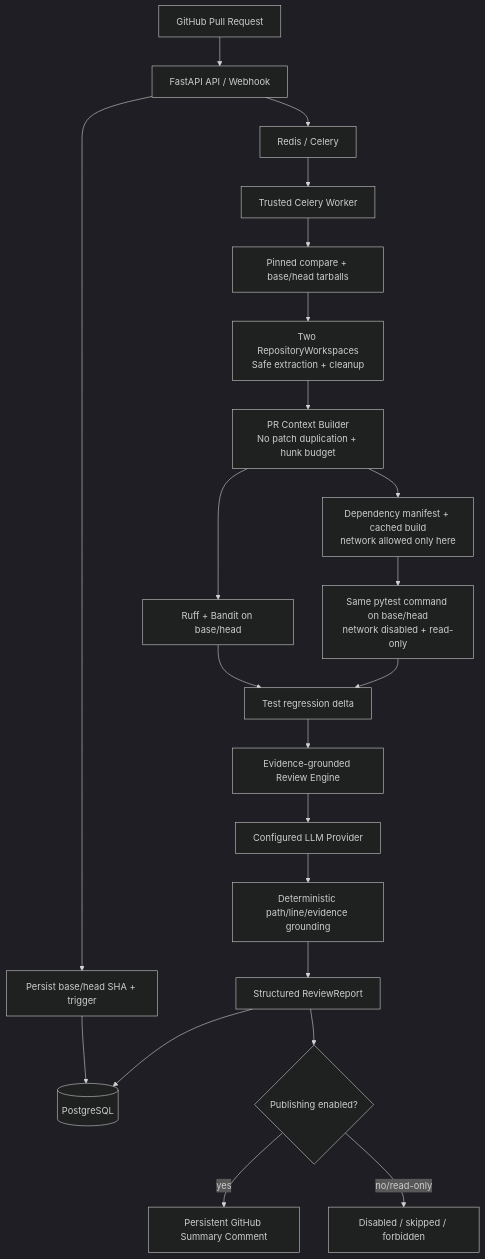
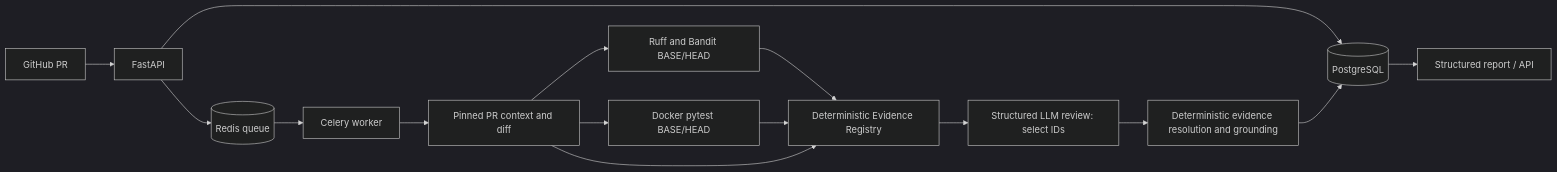
One commit to shuhanzhou01-stack/codeguard changed the diagram in README.md. Above: the diagram before and after it, drawn with Mermaid (dark theme). The commit also changed other lines of this file and 9 other files, not shown here.

````diff
--- a/README.md
+++ b/README.md
@@ -7,24 +25,17 @@
 ```mermaid
-flowchart TD
-    GH[GitHub Pull Request] --> API[FastAPI API / Webhook]
-    API --> PIN[Persist base/head SHA + trigger]
-    PIN --> DB[(PostgreSQL)]
-    API --> Q[Redis / Celery]
-    Q --> W[Trusted Celery Worker]
-    W --> GC[Pinned compare + base/head tarballs]
-    GC --> WS[Two RepositoryWorkspaces\nSafe extraction + cleanup]
-    WS --> CTX[PR Context Builder\nNo patch duplication + hunk budget]
-    CTX --> SA[Ruff + Bandit on base/head]
-    CTX --> PREP[Dependency manifest + cached build\nnetwork allowed only here]
-    PREP --> EX[Same pytest command on base/head\nnetwork disabled + read-only]
-    SA --> EV[Existing/resolved/introduced delta]
-    EX --> EV[Test regression delta]
-    EV --> RE[Evidence-grounded Review Engine]
-    RE --> LLM[Configured LLM Provider]
-    LLM --> GR[Deterministic path/line/evidence grounding]
-    GR --> RR[Structured ReviewReport]
-    RR --> DB
-    RR --> PUB{Publishing enabled?}
-    PUB -->|yes| C[Persistent GitHub Summary Comment]
-    PUB -->|no/read-only| S[Disabled / skipped / forbidden]
+flowchart LR
+    GH[GitHub PR] --> API[FastAPI]
+    API --> PG[(PostgreSQL)]
+    API --> R[(Redis queue)]
+    R --> W[Celery worker]
+    W --> PC[Pinned PR context and diff]
+    PC --> SA[Ruff and Bandit BASE/HEAD]
+    PC --> DX[Docker pytest BASE/HEAD]
+    SA --> ER[Deterministic Evidence Registry]
+    DX --> ER
+    PC --> ER
+    ER --> LLM[Structured LLM review: select IDs]
+    LLM --> RES[Deterministic evidence resolution and grounding]
+    RES --> PG
+    PG --> REPORT[Structured report / API]
 ```
````
